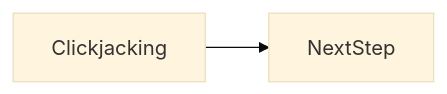
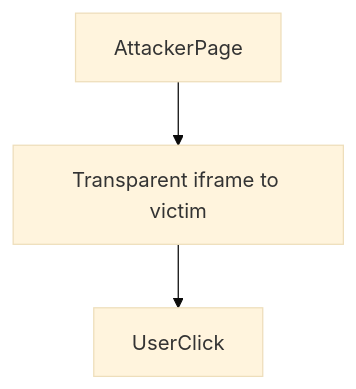
One commit to OmidJavaherii/Frontend-Engineering-Handbook changed the second of 2 diagrams in docs/en/17-security/clickjacking/index.md. Above: the diagram before and after it, drawn with Mermaid (base theme). The commit also changed other lines of this file and 461 other files, not shown here.

````diff
--- a/docs/en/17-security/clickjacking/index.md
+++ b/docs/en/17-security/clickjacking/index.md
@@ -94,4 +106,5 @@
 ```mermaid
-flowchart LR
-  concept[Clickjacking] --> nextStep[NextStep]
+flowchart TD
+  AttackerPage --> iframe[Transparent iframe to victim]
+  iframe --> UserClick
 ```
````
